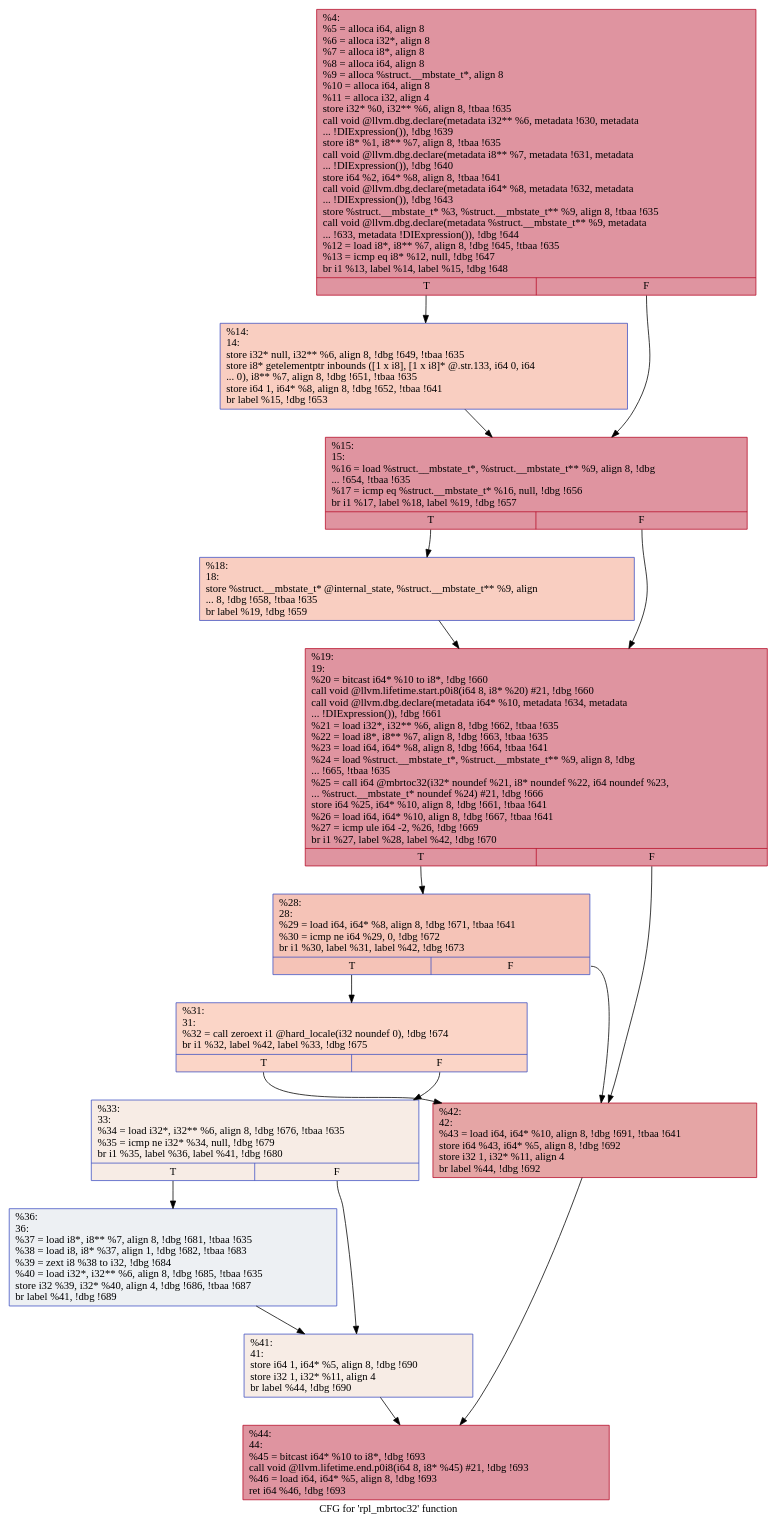
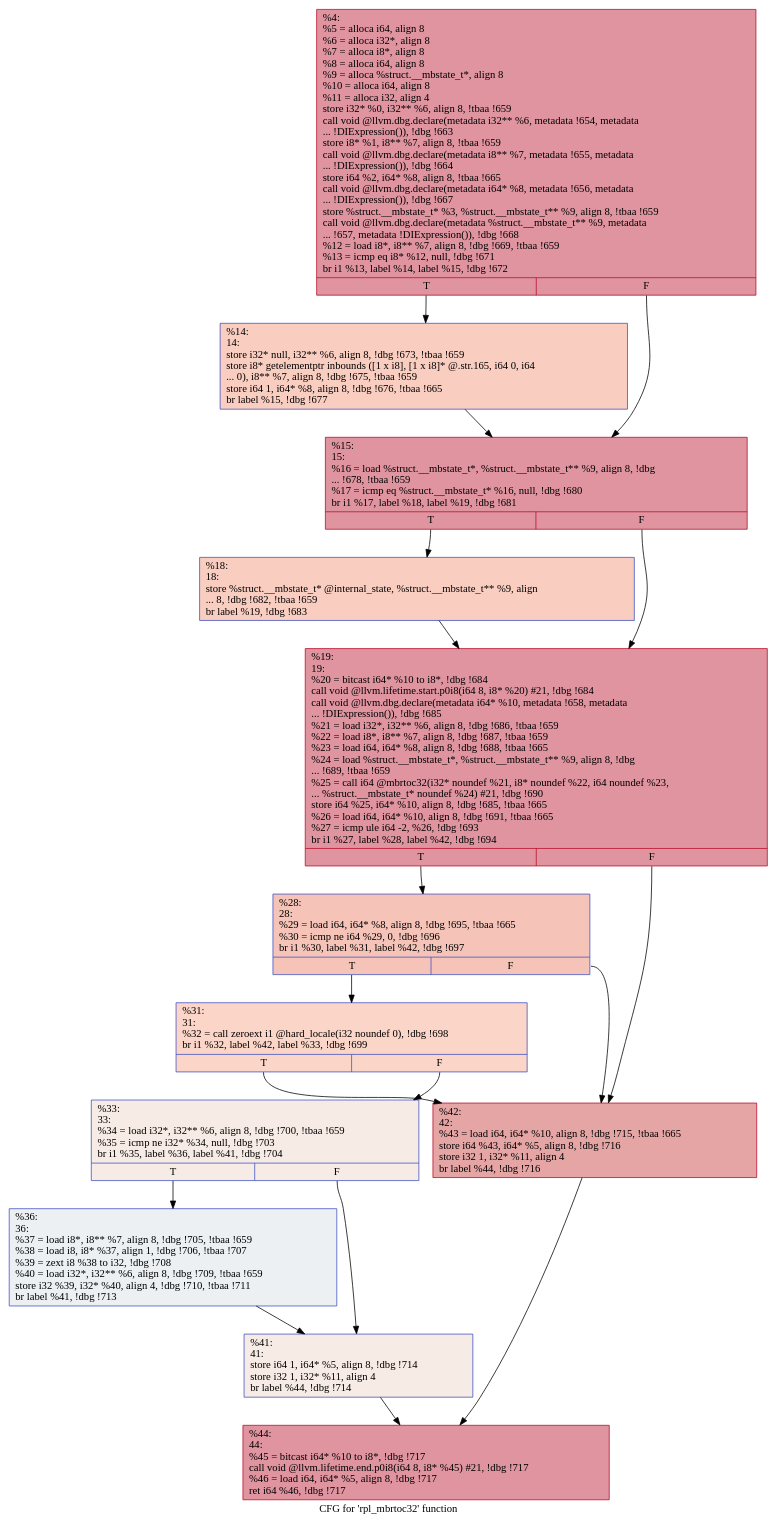
One commit to hmc-alpaqa/metrinome changed the diagram in src/experiments/coreutils/.rpl_mbrtoc32.dot. Above: the diagram before and after it, drawn with Graphviz. The commit also changed 118 other files, not shown here.

```diff
--- a/src/experiments/coreutils/.rpl_mbrtoc32.dot
+++ b/src/experiments/coreutils/.rpl_mbrtoc32.dot
@@ -1,33 +1,33 @@
 digraph "CFG for 'rpl_mbrtoc32' function" {
 	label="CFG for 'rpl_mbrtoc32' function";
 
-	Node0x1d140b0 [shape=record,color="#b70d28ff", style=filled, fillcolor="#b70d2870",label="{%4:\l  %5 = alloca i64, align 8\l  %6 = alloca i32*, align 8\l  %7 = alloca i8*, align 8\l  %8 = alloca i64, align 8\l  %9 = alloca %struct.__mbstate_t*, align 8\l  %10 = alloca i64, align 8\l  %11 = alloca i32, align 4\l  store i32* %0, i32** %6, align 8, !tbaa !635\l  call void @llvm.dbg.declare(metadata i32** %6, metadata !630, metadata\l... !DIExpression()), !dbg !639\l  store i8* %1, i8** %7, align 8, !tbaa !635\l  call void @llvm.dbg.declare(metadata i8** %7, metadata !631, metadata\l... !DIExpression()), !dbg !640\l  store i64 %2, i64* %8, align 8, !tbaa !641\l  call void @llvm.dbg.declare(metadata i64* %8, metadata !632, metadata\l... !DIExpression()), !dbg !643\l  store %struct.__mbstate_t* %3, %struct.__mbstate_t** %9, align 8, !tbaa !635\l  call void @llvm.dbg.declare(metadata %struct.__mbstate_t** %9, metadata\l... !633, metadata !DIExpression()), !dbg !644\l  %12 = load i8*, i8** %7, align 8, !dbg !645, !tbaa !635\l  %13 = icmp eq i8* %12, null, !dbg !647\l  br i1 %13, label %14, label %15, !dbg !648\l|{<s0>T|<s1>F}}"];
-	Node0x1d140b0:s0 -> Node0x1d155f0;
-	Node0x1d140b0:s1 -> Node0x1d15640;
-	Node0x1d155f0 [shape=record,color="#3d50c3ff", style=filled, fillcolor="#f2907270",label="{%14:\l14:                                               \l  store i32* null, i32** %6, align 8, !dbg !649, !tbaa !635\l  store i8* getelementptr inbounds ([1 x i8], [1 x i8]* @.str.133, i64 0, i64\l... 0), i8** %7, align 8, !dbg !651, !tbaa !635\l  store i64 1, i64* %8, align 8, !dbg !652, !tbaa !641\l  br label %15, !dbg !653\l}"];
-	Node0x1d155f0 -> Node0x1d15640;
-	Node0x1d15640 [shape=record,color="#b70d28ff", style=filled, fillcolor="#b70d2870",label="{%15:\l15:                                               \l  %16 = load %struct.__mbstate_t*, %struct.__mbstate_t** %9, align 8, !dbg\l... !654, !tbaa !635\l  %17 = icmp eq %struct.__mbstate_t* %16, null, !dbg !656\l  br i1 %17, label %18, label %19, !dbg !657\l|{<s0>T|<s1>F}}"];
-	Node0x1d15640:s0 -> Node0x1d15690;
-	Node0x1d15640:s1 -> Node0x1d156e0;
-	Node0x1d15690 [shape=record,color="#3d50c3ff", style=filled, fillcolor="#f2907270",label="{%18:\l18:                                               \l  store %struct.__mbstate_t* @internal_state, %struct.__mbstate_t** %9, align\l... 8, !dbg !658, !tbaa !635\l  br label %19, !dbg !659\l}"];
-	Node0x1d15690 -> Node0x1d156e0;
-	Node0x1d156e0 [shape=record,color="#b70d28ff", style=filled, fillcolor="#b70d2870",label="{%19:\l19:                                               \l  %20 = bitcast i64* %10 to i8*, !dbg !660\l  call void @llvm.lifetime.start.p0i8(i64 8, i8* %20) #21, !dbg !660\l  call void @llvm.dbg.declare(metadata i64* %10, metadata !634, metadata\l... !DIExpression()), !dbg !661\l  %21 = load i32*, i32** %6, align 8, !dbg !662, !tbaa !635\l  %22 = load i8*, i8** %7, align 8, !dbg !663, !tbaa !635\l  %23 = load i64, i64* %8, align 8, !dbg !664, !tbaa !641\l  %24 = load %struct.__mbstate_t*, %struct.__mbstate_t** %9, align 8, !dbg\l... !665, !tbaa !635\l  %25 = call i64 @mbrtoc32(i32* noundef %21, i8* noundef %22, i64 noundef %23,\l... %struct.__mbstate_t* noundef %24) #21, !dbg !666\l  store i64 %25, i64* %10, align 8, !dbg !661, !tbaa !641\l  %26 = load i64, i64* %10, align 8, !dbg !667, !tbaa !641\l  %27 = icmp ule i64 -2, %26, !dbg !669\l  br i1 %27, label %28, label %42, !dbg !670\l|{<s0>T|<s1>F}}"];
-	Node0x1d156e0:s0 -> Node0x1d15730;
-	Node0x1d156e0:s1 -> Node0x1d158c0;
-	Node0x1d15730 [shape=record,color="#3d50c3ff", style=filled, fillcolor="#e8765c70",label="{%28:\l28:                                               \l  %29 = load i64, i64* %8, align 8, !dbg !671, !tbaa !641\l  %30 = icmp ne i64 %29, 0, !dbg !672\l  br i1 %30, label %31, label %42, !dbg !673\l|{<s0>T|<s1>F}}"];
-	Node0x1d15730:s0 -> Node0x1d15780;
-	Node0x1d15730:s1 -> Node0x1d158c0;
-	Node0x1d15780 [shape=record,color="#3d50c3ff", style=filled, fillcolor="#f5a08170",label="{%31:\l31:                                               \l  %32 = call zeroext i1 @hard_locale(i32 noundef 0), !dbg !674\l  br i1 %32, label %42, label %33, !dbg !675\l|{<s0>T|<s1>F}}"];
-	Node0x1d15780:s0 -> Node0x1d158c0;
-	Node0x1d15780:s1 -> Node0x1d157d0;
-	Node0x1d157d0 [shape=record,color="#3d50c3ff", style=filled, fillcolor="#ecd3c570",label="{%33:\l33:                                               \l  %34 = load i32*, i32** %6, align 8, !dbg !676, !tbaa !635\l  %35 = icmp ne i32* %34, null, !dbg !679\l  br i1 %35, label %36, label %41, !dbg !680\l|{<s0>T|<s1>F}}"];
-	Node0x1d157d0:s0 -> Node0x1d15820;
-	Node0x1d157d0:s1 -> Node0x1d15870;
-	Node0x1d15820 [shape=record,color="#3d50c3ff", style=filled, fillcolor="#d6dce470",label="{%36:\l36:                                               \l  %37 = load i8*, i8** %7, align 8, !dbg !681, !tbaa !635\l  %38 = load i8, i8* %37, align 1, !dbg !682, !tbaa !683\l  %39 = zext i8 %38 to i32, !dbg !684\l  %40 = load i32*, i32** %6, align 8, !dbg !685, !tbaa !635\l  store i32 %39, i32* %40, align 4, !dbg !686, !tbaa !687\l  br label %41, !dbg !689\l}"];
-	Node0x1d15820 -> Node0x1d15870;
-	Node0x1d15870 [shape=record,color="#3d50c3ff", style=filled, fillcolor="#ecd3c570",label="{%41:\l41:                                               \l  store i64 1, i64* %5, align 8, !dbg !690\l  store i32 1, i32* %11, align 4\l  br label %44, !dbg !690\l}"];
-	Node0x1d15870 -> Node0x1d15910;
-	Node0x1d158c0 [shape=record,color="#b70d28ff", style=filled, fillcolor="#c5333470",label="{%42:\l42:                                               \l  %43 = load i64, i64* %10, align 8, !dbg !691, !tbaa !641\l  store i64 %43, i64* %5, align 8, !dbg !692\l  store i32 1, i32* %11, align 4\l  br label %44, !dbg !692\l}"];
-	Node0x1d158c0 -> Node0x1d15910;
-	Node0x1d15910 [shape=record,color="#b70d28ff", style=filled, fillcolor="#b70d2870",label="{%44:\l44:                                               \l  %45 = bitcast i64* %10 to i8*, !dbg !693\l  call void @llvm.lifetime.end.p0i8(i64 8, i8* %45) #21, !dbg !693\l  %46 = load i64, i64* %5, align 8, !dbg !693\l  ret i64 %46, !dbg !693\l}"];
+	Node0x2667bf0 [shape=record,color="#b70d28ff", style=filled, fillcolor="#b70d2870",label="{%4:\l  %5 = alloca i64, align 8\l  %6 = alloca i32*, align 8\l  %7 = alloca i8*, align 8\l  %8 = alloca i64, align 8\l  %9 = alloca %struct.__mbstate_t*, align 8\l  %10 = alloca i64, align 8\l  %11 = alloca i32, align 4\l  store i32* %0, i32** %6, align 8, !tbaa !659\l  call void @llvm.dbg.declare(metadata i32** %6, metadata !654, metadata\l... !DIExpression()), !dbg !663\l  store i8* %1, i8** %7, align 8, !tbaa !659\l  call void @llvm.dbg.declare(metadata i8** %7, metadata !655, metadata\l... !DIExpression()), !dbg !664\l  store i64 %2, i64* %8, align 8, !tbaa !665\l  call void @llvm.dbg.declare(metadata i64* %8, metadata !656, metadata\l... !DIExpression()), !dbg !667\l  store %struct.__mbstate_t* %3, %struct.__mbstate_t** %9, align 8, !tbaa !659\l  call void @llvm.dbg.declare(metadata %struct.__mbstate_t** %9, metadata\l... !657, metadata !DIExpression()), !dbg !668\l  %12 = load i8*, i8** %7, align 8, !dbg !669, !tbaa !659\l  %13 = icmp eq i8* %12, null, !dbg !671\l  br i1 %13, label %14, label %15, !dbg !672\l|{<s0>T|<s1>F}}"];
+	Node0x2667bf0:s0 -> Node0x2669130;
+	Node0x2667bf0:s1 -> Node0x2669180;
+	Node0x2669130 [shape=record,color="#3d50c3ff", style=filled, fillcolor="#f2907270",label="{%14:\l14:                                               \l  store i32* null, i32** %6, align 8, !dbg !673, !tbaa !659\l  store i8* getelementptr inbounds ([1 x i8], [1 x i8]* @.str.165, i64 0, i64\l... 0), i8** %7, align 8, !dbg !675, !tbaa !659\l  store i64 1, i64* %8, align 8, !dbg !676, !tbaa !665\l  br label %15, !dbg !677\l}"];
+	Node0x2669130 -> Node0x2669180;
+	Node0x2669180 [shape=record,color="#b70d28ff", style=filled, fillcolor="#b70d2870",label="{%15:\l15:                                               \l  %16 = load %struct.__mbstate_t*, %struct.__mbstate_t** %9, align 8, !dbg\l... !678, !tbaa !659\l  %17 = icmp eq %struct.__mbstate_t* %16, null, !dbg !680\l  br i1 %17, label %18, label %19, !dbg !681\l|{<s0>T|<s1>F}}"];
+	Node0x2669180:s0 -> Node0x26691d0;
+	Node0x2669180:s1 -> Node0x2669220;
+	Node0x26691d0 [shape=record,color="#3d50c3ff", style=filled, fillcolor="#f2907270",label="{%18:\l18:                                               \l  store %struct.__mbstate_t* @internal_state, %struct.__mbstate_t** %9, align\l... 8, !dbg !682, !tbaa !659\l  br label %19, !dbg !683\l}"];
+	Node0x26691d0 -> Node0x2669220;
+	Node0x2669220 [shape=record,color="#b70d28ff", style=filled, fillcolor="#b70d2870",label="{%19:\l19:                                               \l  %20 = bitcast i64* %10 to i8*, !dbg !684\l  call void @llvm.lifetime.start.p0i8(i64 8, i8* %20) #21, !dbg !684\l  call void @llvm.dbg.declare(metadata i64* %10, metadata !658, metadata\l... !DIExpression()), !dbg !685\l  %21 = load i32*, i32** %6, align 8, !dbg !686, !tbaa !659\l  %22 = load i8*, i8** %7, align 8, !dbg !687, !tbaa !659\l  %23 = load i64, i64* %8, align 8, !dbg !688, !tbaa !665\l  %24 = load %struct.__mbstate_t*, %struct.__mbstate_t** %9, align 8, !dbg\l... !689, !tbaa !659\l  %25 = call i64 @mbrtoc32(i32* noundef %21, i8* noundef %22, i64 noundef %23,\l... %struct.__mbstate_t* noundef %24) #21, !dbg !690\l  store i64 %25, i64* %10, align 8, !dbg !685, !tbaa !665\l  %26 = load i64, i64* %10, align 8, !dbg !691, !tbaa !665\l  %27 = icmp ule i64 -2, %26, !dbg !693\l  br i1 %27, label %28, label %42, !dbg !694\l|{<s0>T|<s1>F}}"];
+	Node0x2669220:s0 -> Node0x2669270;
+	Node0x2669220:s1 -> Node0x2669400;
+	Node0x2669270 [shape=record,color="#3d50c3ff", style=filled, fillcolor="#e8765c70",label="{%28:\l28:                                               \l  %29 = load i64, i64* %8, align 8, !dbg !695, !tbaa !665\l  %30 = icmp ne i64 %29, 0, !dbg !696\l  br i1 %30, label %31, label %42, !dbg !697\l|{<s0>T|<s1>F}}"];
+	Node0x2669270:s0 -> Node0x26692c0;
+	Node0x2669270:s1 -> Node0x2669400;
+	Node0x26692c0 [shape=record,color="#3d50c3ff", style=filled, fillcolor="#f5a08170",label="{%31:\l31:                                               \l  %32 = call zeroext i1 @hard_locale(i32 noundef 0), !dbg !698\l  br i1 %32, label %42, label %33, !dbg !699\l|{<s0>T|<s1>F}}"];
+	Node0x26692c0:s0 -> Node0x2669400;
+	Node0x26692c0:s1 -> Node0x2669310;
+	Node0x2669310 [shape=record,color="#3d50c3ff", style=filled, fillcolor="#ecd3c570",label="{%33:\l33:                                               \l  %34 = load i32*, i32** %6, align 8, !dbg !700, !tbaa !659\l  %35 = icmp ne i32* %34, null, !dbg !703\l  br i1 %35, label %36, label %41, !dbg !704\l|{<s0>T|<s1>F}}"];
+	Node0x2669310:s0 -> Node0x2669360;
+	Node0x2669310:s1 -> Node0x26693b0;
+	Node0x2669360 [shape=record,color="#3d50c3ff", style=filled, fillcolor="#d6dce470",label="{%36:\l36:                                               \l  %37 = load i8*, i8** %7, align 8, !dbg !705, !tbaa !659\l  %38 = load i8, i8* %37, align 1, !dbg !706, !tbaa !707\l  %39 = zext i8 %38 to i32, !dbg !708\l  %40 = load i32*, i32** %6, align 8, !dbg !709, !tbaa !659\l  store i32 %39, i32* %40, align 4, !dbg !710, !tbaa !711\l  br label %41, !dbg !713\l}"];
+	Node0x2669360 -> Node0x26693b0;
+	Node0x26693b0 [shape=record,color="#3d50c3ff", style=filled, fillcolor="#ecd3c570",label="{%41:\l41:                                               \l  store i64 1, i64* %5, align 8, !dbg !714\l  store i32 1, i32* %11, align 4\l  br label %44, !dbg !714\l}"];
+	Node0x26693b0 -> Node0x2669450;
+	Node0x2669400 [shape=record,color="#b70d28ff", style=filled, fillcolor="#c5333470",label="{%42:\l42:                                               \l  %43 = load i64, i64* %10, align 8, !dbg !715, !tbaa !665\l  store i64 %43, i64* %5, align 8, !dbg !716\l  store i32 1, i32* %11, align 4\l  br label %44, !dbg !716\l}"];
+	Node0x2669400 -> Node0x2669450;
+	Node0x2669450 [shape=record,color="#b70d28ff", style=filled, fillcolor="#b70d2870",label="{%44:\l44:                                               \l  %45 = bitcast i64* %10 to i8*, !dbg !717\l  call void @llvm.lifetime.end.p0i8(i64 8, i8* %45) #21, !dbg !717\l  %46 = load i64, i64* %5, align 8, !dbg !717\l  ret i64 %46, !dbg !717\l}"];
 }
```
